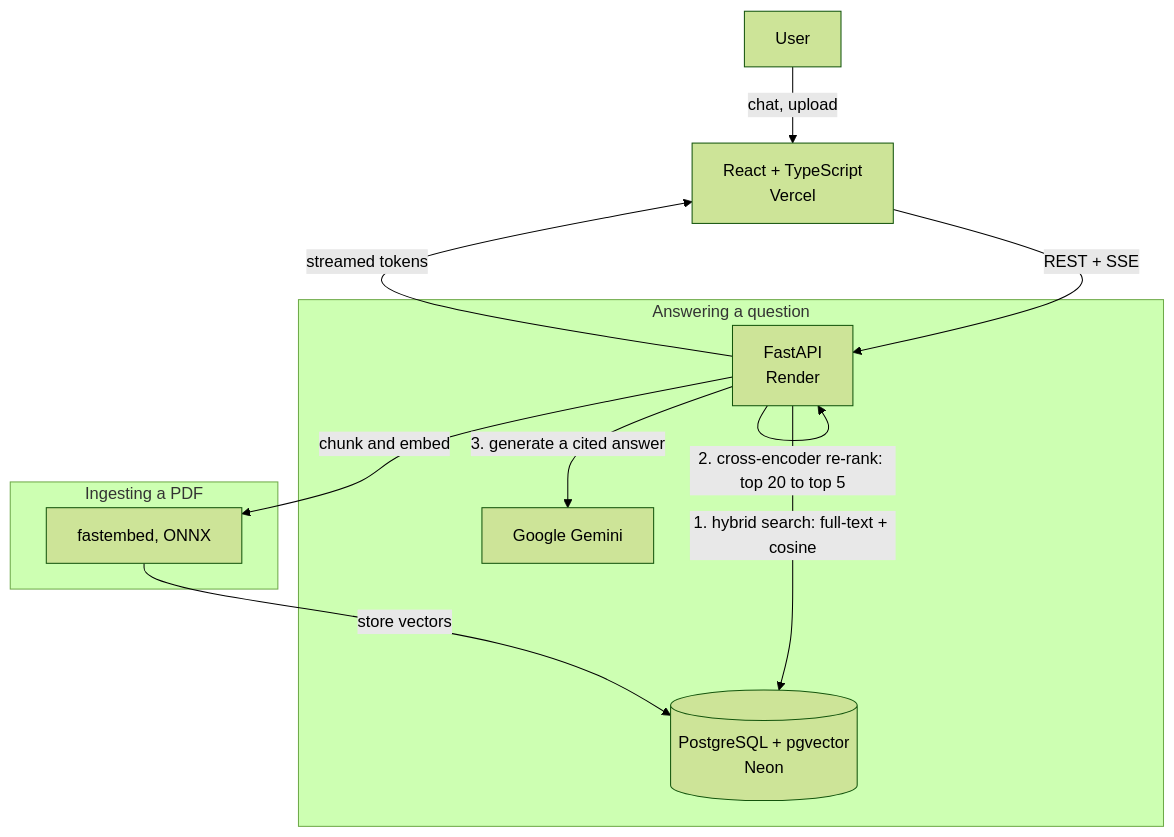
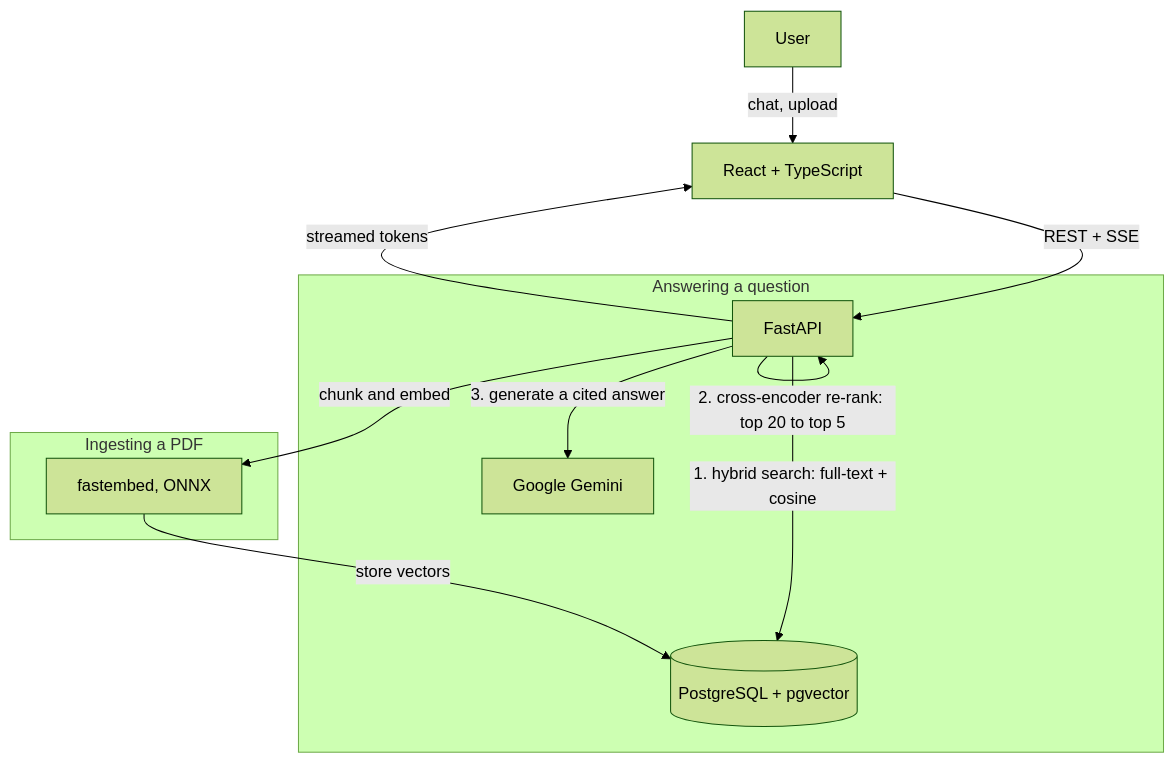
One commit to mahalingam-dev-8/medrag-backend changed the diagram in README.md. Above: the diagram before and after it, drawn with Mermaid (forest theme). The commit also changed other lines of this file, not shown here.

````diff
--- a/README.md
+++ b/README.md
@@ -17,18 +15,18 @@
 ```mermaid
 flowchart TD
-    User[User] -->|chat, upload| FE[React + TypeScript<br/>Vercel]
-    FE -->|REST + SSE| API[FastAPI<br/>Render]
+    User[User] -->|chat, upload| FE[React + TypeScript]
+    FE -->|REST + SSE| API[FastAPI]
 
     subgraph Answering a question
-        API -->|1. hybrid search: full-text + cosine| DB[(PostgreSQL + pgvector<br/>Neon)]
+        API -->|1. hybrid search: full-text + cosine| DB[(PostgreSQL + pgvector)]
         API -->|2. cross-encoder re-rank: top 20 to top 5| API
         API -->|3. generate a cited answer| LLM[Google Gemini]
     end
 
     subgraph Ingesting a PDF
         API -->|chunk and embed| Embed[fastembed, ONNX]
         Embed -->|store vectors| DB
     end
 
     API -->|streamed tokens| FE
 ```
````
